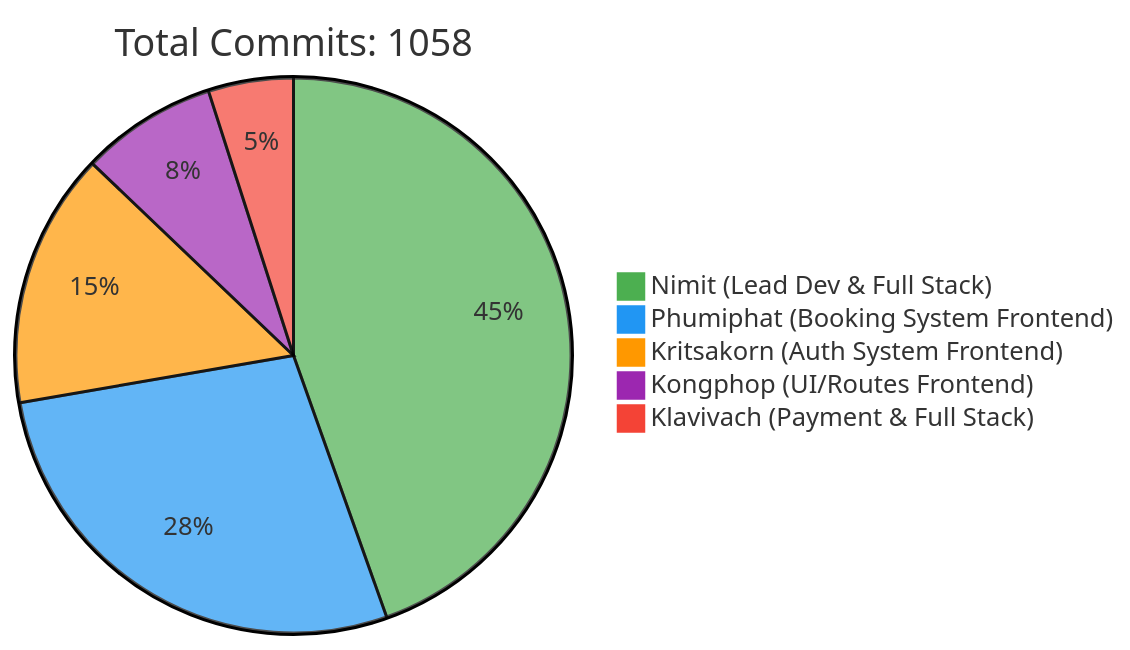
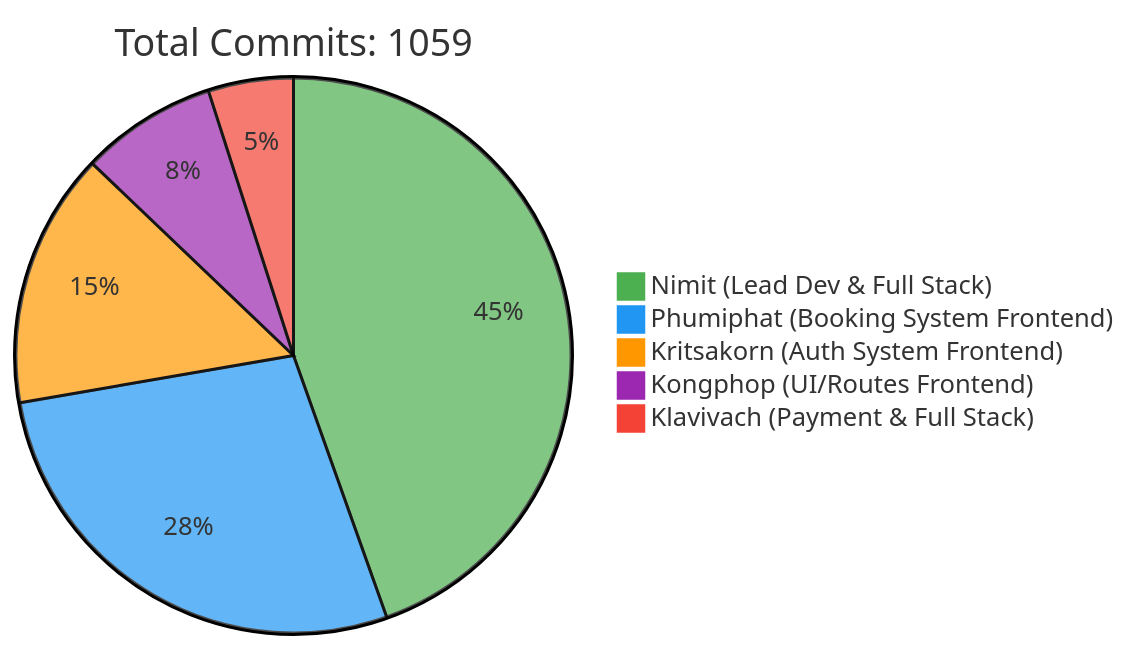
The first of 2 diagrams in README.md (6531503042/Sport-Complex), drawn with Mermaid before and after one commit. The commit also changed other lines of this file, not shown here.

Commit message:
docs: Update contributor statistics [skip ci]

````diff
--- a/README.md
+++ b/README.md
@@ -240,10 +240,10 @@
 ```mermaid
 %%{init: {'theme': 'base', 'themeVariables': { 'pie1': '#4CAF50', 'pie2': '#2196F3', 'pie3': '#FF9800', 'pie4': '#9C27B0', 'pie5': '#F44336'}}}%%
 pie
-    title Total Commits: 1058
+    title Total Commits: 1059
     "Nimit (Lead Dev & Full Stack)" : 450
     "Phumiphat (Booking System Frontend)" : 280
     "Kritsakorn (Auth System Frontend)" : 150
     "Kongphop (UI/Routes Frontend)" : 80
     "Klavivach (Payment & Full Stack)" : 50
 ```
````
